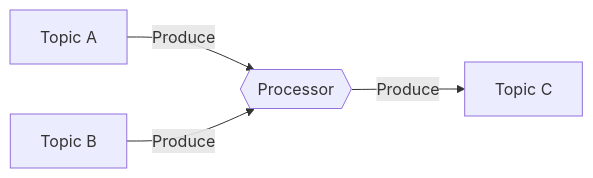
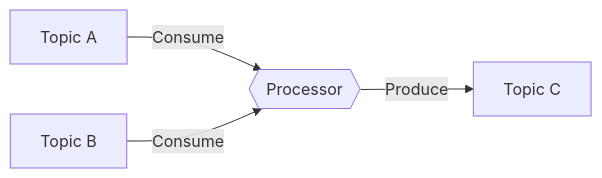
The first of 5 diagrams in README.md (pmdevers/MinimalKafka), drawn with Mermaid before and after one commit. The commit also changed other lines of this file, not shown here.

````diff
--- a/README.md
+++ b/README.md
@@ -65,6 +65,6 @@
 ```mermaid
 flowchart LR
-    A[Topic A] -->|Produce| C
-    B[Topic B] -->|Produce| C
+    A[Topic A] -->|Consume| C
+    B[Topic B] -->|Consume| C
     C{{Processor}} -->|Produce| D[Topic C]
 ```
````
